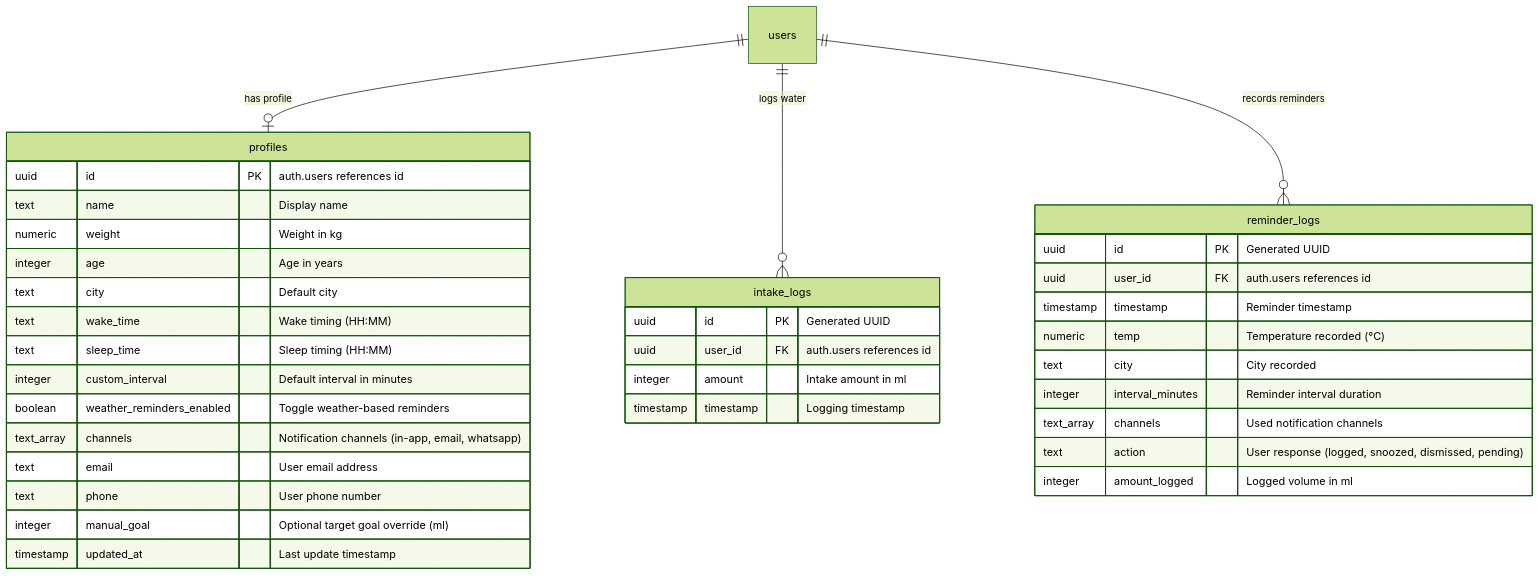
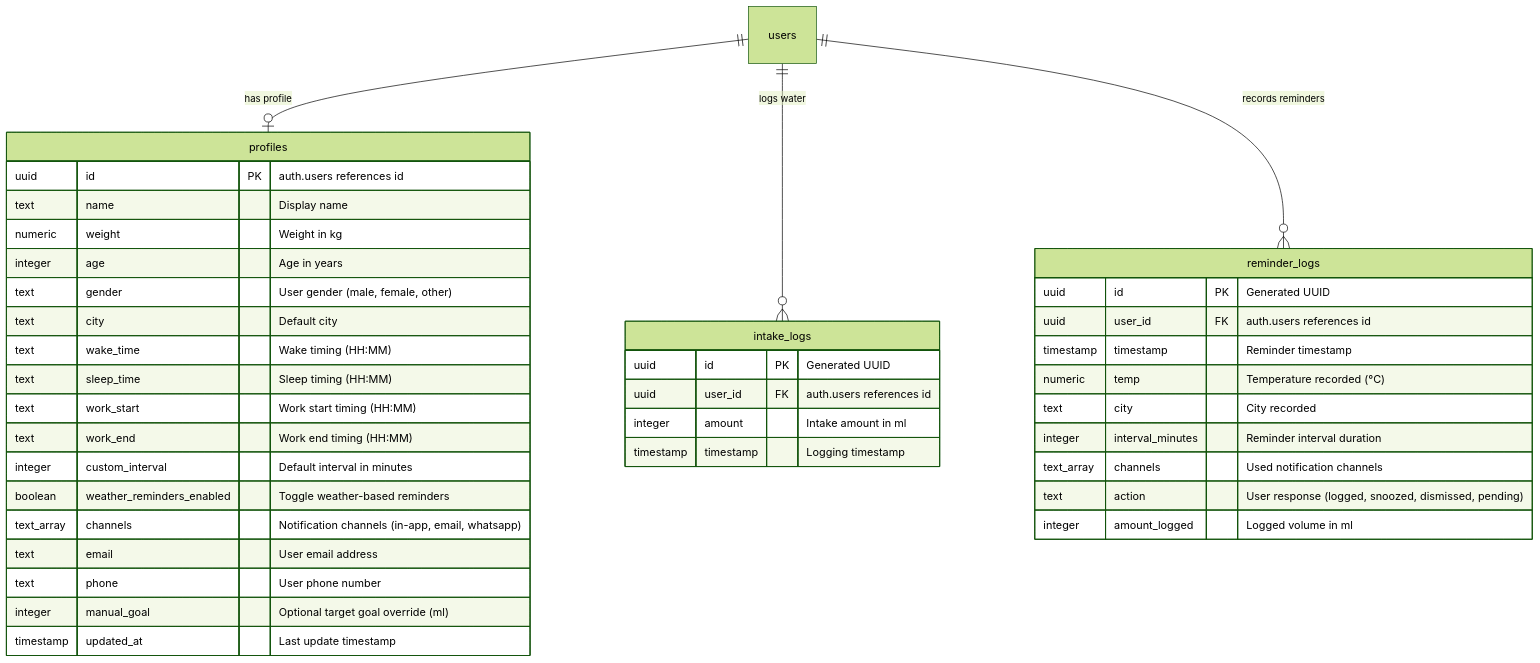
The second of 3 diagrams in projectdocumentation.md (ramalokeshreddyp/hydrosmart-ai), drawn with Mermaid (forest theme) before and after one commit. The commit also changed 6 other files, not shown here.

Commit message:
feat: implement gender-based hydration baselines and work schedule tracking

````diff
--- a/projectdocumentation.md
+++ b/projectdocumentation.md
@@ -153,42 +153,45 @@
 ```mermaid
 erDiagram
     users ||--o| profiles : "has profile"
     users ||--o{ intake_logs : "logs water"
     users ||--o{ reminder_logs : "records reminders"
 
     profiles {
         uuid id PK "auth.users references id"
         text name "Display name"
         numeric weight "Weight in kg"
         integer age "Age in years"
+        text gender "User gender (male, female, other)"
         text city "Default city"
         text wake_time "Wake timing (HH:MM)"
         text sleep_time "Sleep timing (HH:MM)"
+        text work_start "Work start timing (HH:MM)"
+        text work_end "Work end timing (HH:MM)"
         integer custom_interval "Default interval in minutes"
         boolean weather_reminders_enabled "Toggle weather-based reminders"
         text_array channels "Notification channels (in-app, email, whatsapp)"
         text email "User email address"
         text phone "User phone number"
         integer manual_goal "Optional target goal override (ml)"
         timestamp updated_at "Last update timestamp"
     }
 
     intake_logs {
         uuid id PK "Generated UUID"
         uuid user_id FK "auth.users references id"
         integer amount "Intake amount in ml"
         timestamp timestamp "Logging timestamp"
     }
 
     reminder_logs {
         uuid id PK "Generated UUID"
         uuid user_id FK "auth.users references id"
         timestamp timestamp "Reminder timestamp"
         numeric temp "Temperature recorded (°C)"
         text city "City recorded"
         integer interval_minutes "Reminder interval duration"
         text_array channels "Used notification channels"
         text action "User response (logged, snoozed, dismissed, pending)"
         integer amount_logged "Logged volume in ml"
     }
 ```
````
